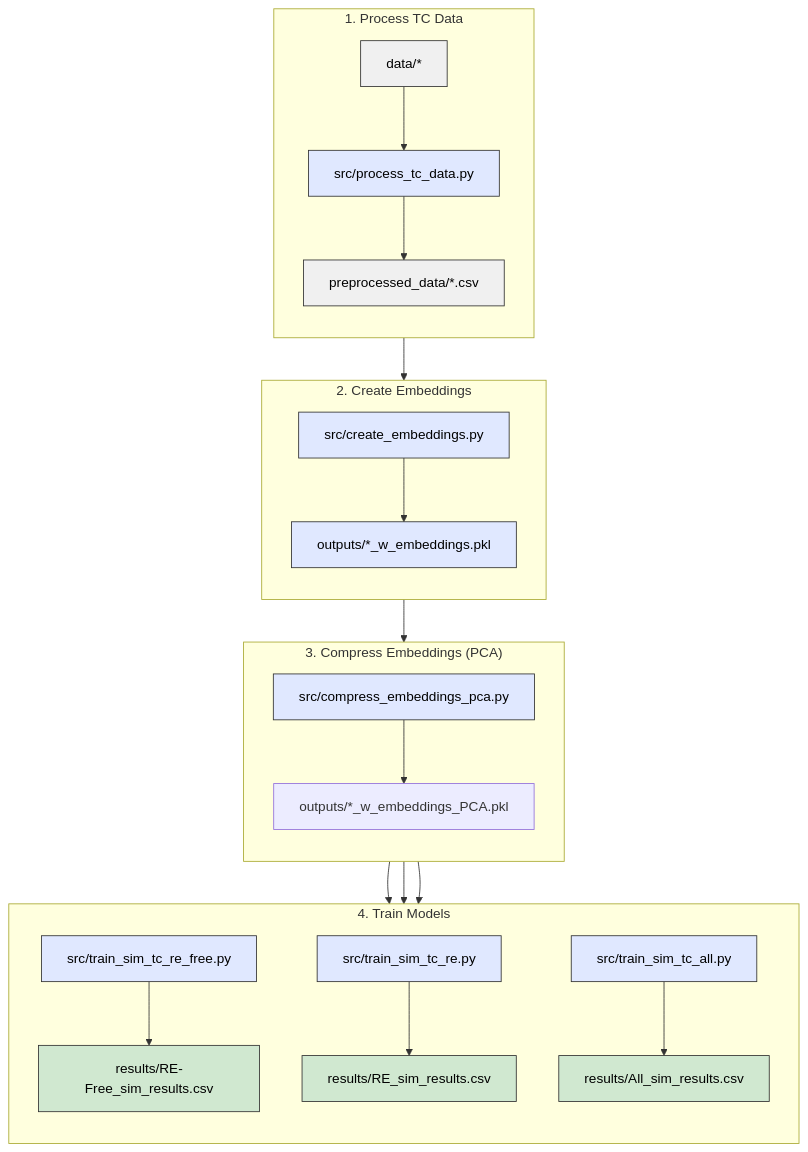
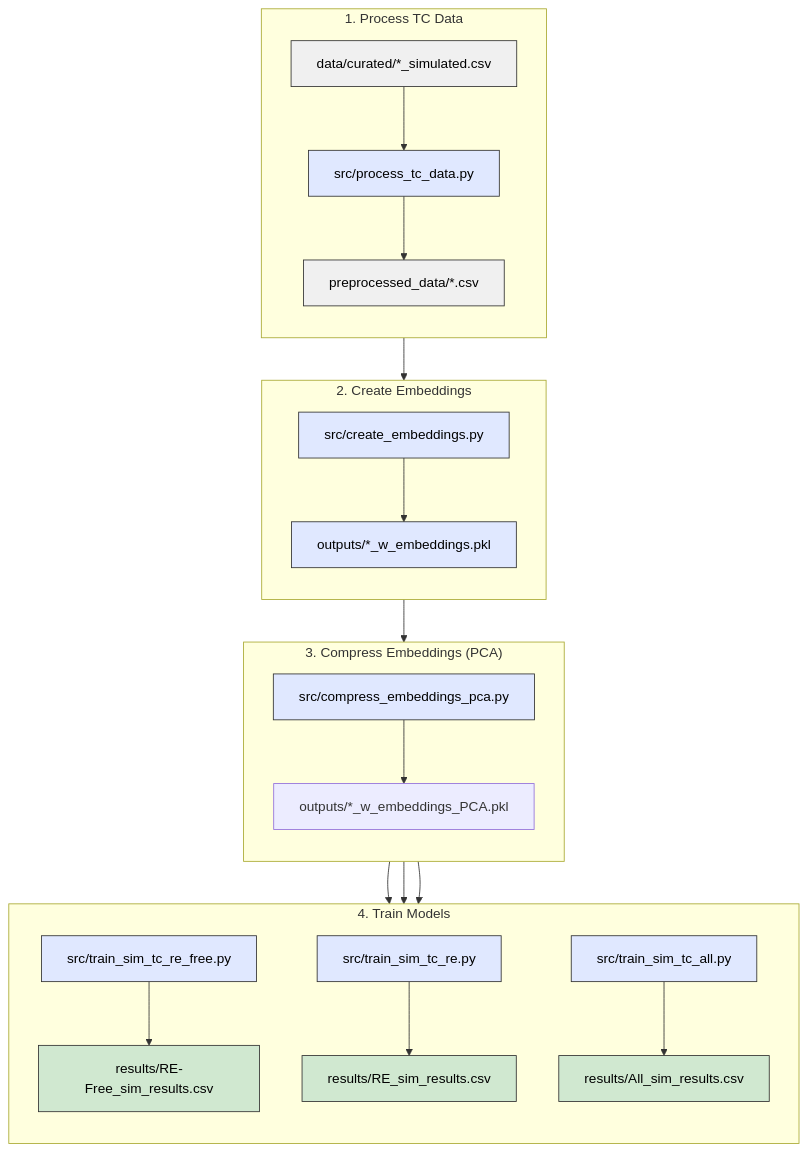
One commit to MaMMoS-project/ML-models changed the diagram in compound-to-tc/compound-to-simulated-tc/README.md. Above: the diagram before and after it, drawn with Mermaid. The commit also changed other lines of this file and 25 other files, not shown here.

First line of the commit message:
Curated data for RE-free training data

````diff
--- a/compound-to-tc/compound-to-simulated-tc/README.md
+++ b/compound-to-tc/compound-to-simulated-tc/README.md
@@ -10,47 +10,47 @@
 ```mermaid
 graph TD
 
     %% === Cluster 1: Process TC Data ===
     subgraph cluster_1["1. Process TC Data"]
         direction TB
-        A0[data/*] --> B0[src/process_tc_data.py]
+        A0["data/curated/*_simulated.csv"] --> B0[src/process_tc_data.py]
         B0 --> A[preprocessed_data/*.csv]
     end
 
     %% === Cluster 2: Create Embeddings ===
     subgraph cluster_2["2. Create Embeddings"]
         direction TB
         A --> B[src/create_embeddings.py]
         B --> C[outputs/*_w_embeddings.pkl]
     end
 
     %% === Cluster 3: Compress Embeddings (PCA) ===
     subgraph cluster_3["3. Compress Embeddings (PCA)"]
         direction TB
         C --> D[src/compress_embeddings_pca.py]
         D --> E[outputs/*_w_embeddings_PCA.pkl]
     end
 
     %% === Cluster 4: Train Models ===
     subgraph cluster_4["4. Train Models"]
         direction TB
         E --> F1[src/train_sim_tc_re_free.py]
         E --> F2[src/train_sim_tc_re.py]
         E --> F3[src/train_sim_tc_all.py]
 
         F1 --> G1[results/RE-Free_sim_results.csv]
         F2 --> G2[results/RE_sim_results.csv]
         F3 --> G3[results/All_sim_results.csv]
     end
 
     %% === Styling ===
     classDef input fill:#f0f0f0,stroke:#333,stroke-width:1px,color:#000;
     classDef process fill:#e0e8ff,stroke:#333,stroke-width:1px,color:#000;
     classDef output fill:#d0e8d0,stroke:#333,stroke-width:1px,color:#000;
 
     class A0,A input
     class B0,B,C,D,F1,F2,F3 process
     class G1,G2,G3 output
 
     class cluster_1,cluster_2,cluster_3,cluster_4 fill:#ffffff,stroke:#ccc,stroke-width:1px;
 ```
````
